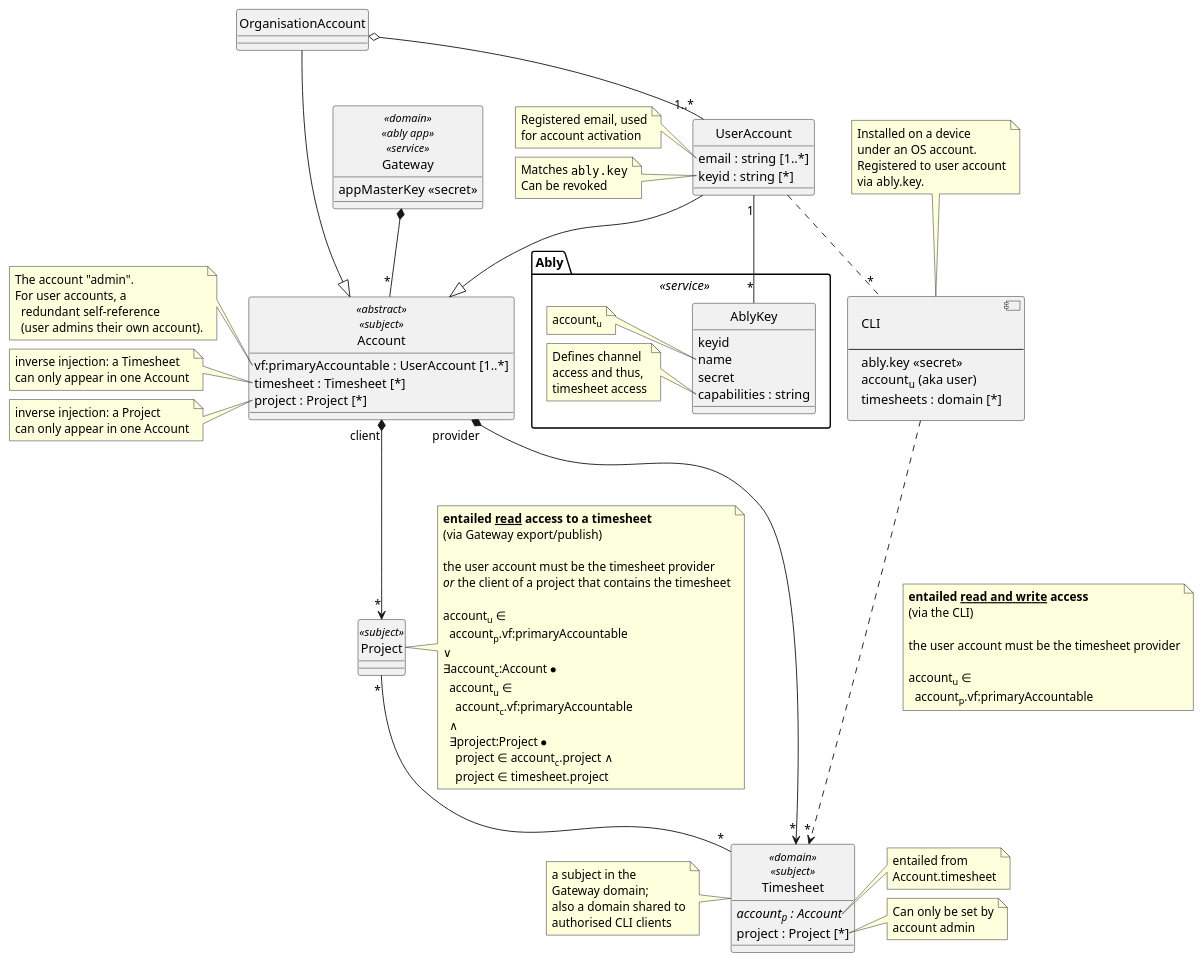
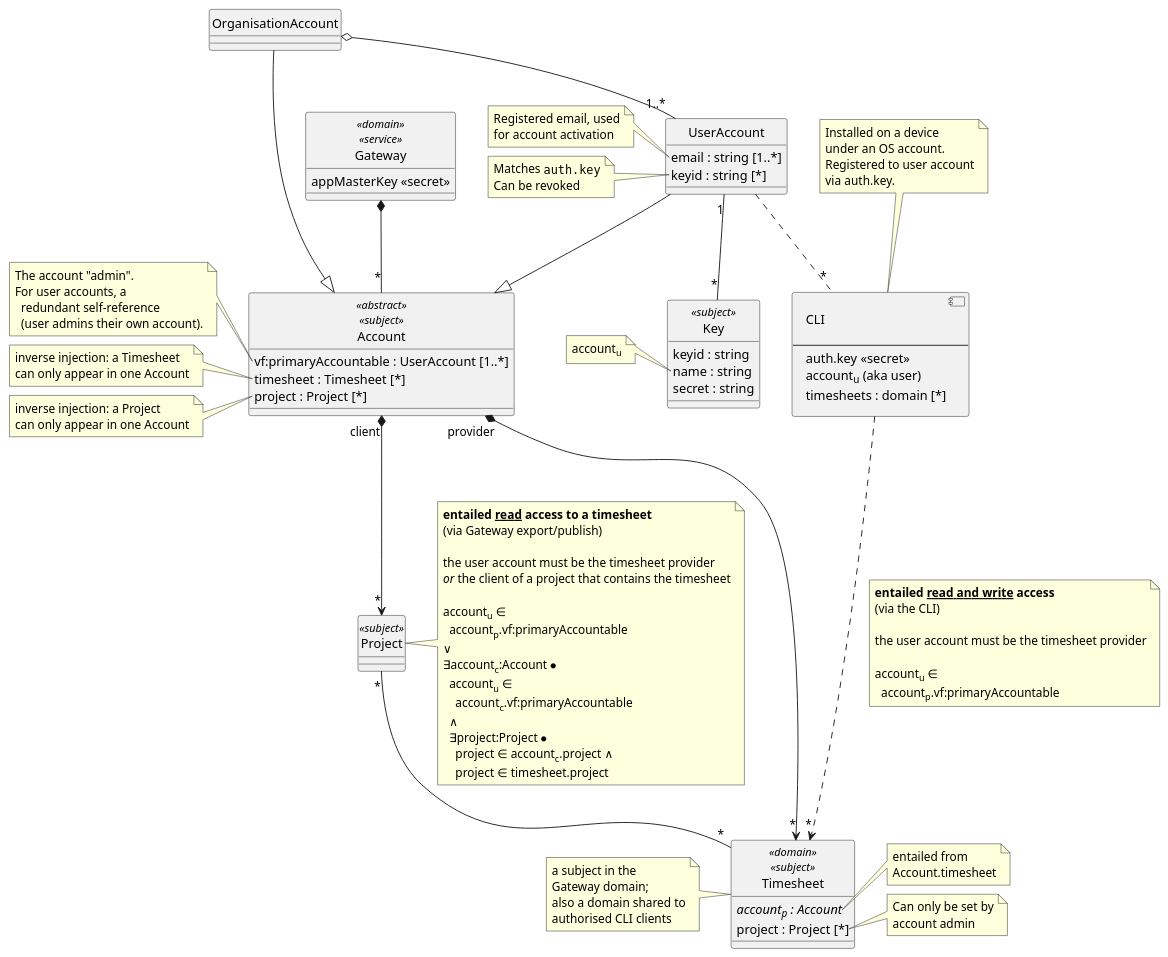
The diagram in architecture/security/accounts.class.puml (m-ld/timeld), drawn with PlantUML before and after one commit. The commit also changed 10 other files, not shown here.

Commit message:
Deployment diagram Removal of Ably from architecture

```diff
--- a/architecture/security/accounts.class.puml
+++ b/architecture/security/accounts.class.puml
@@ -1,145 +1,137 @@
 @startuml
 'https://plantuml.com/class-diagram
 
 hide circle
 allowmixing
 
-class Gateway <<domain>> <<ably app>> <<service>> {
+class Gateway <<domain>> <<service>> {
   appMasterKey <<secret>>
 }
 
 Gateway *-- "*" Account
 
 class Account <<abstract>> <<subject>> {
   vf:primaryAccountable : UserAccount [1..*]
   timesheet : Timesheet [*]
   project : Project [*]
 }
 note left of Account::vf:primaryAccountable
   The account "admin".
   For user accounts, a
     redundant self-reference
     (user admins their own account).
 end note
 note left of Account::timesheet
   inverse injection: a Timesheet
   can only appear in one Account
 end note
 note left of Account::project
   inverse injection: a Project
   can only appear in one Account
 end note
 
 Account "provider" *--> "*" Timesheet
 
 Account "client" *--> "*" Project
 
 class UserAccount {
   email : string [1..*]
   keyid : string [*]
 }
 note left of UserAccount::email
   Registered email, used
   for account activation
 end note
 note left of UserAccount::keyid
-  Matches ""ably.key""
+  Matches ""auth.key""
   Can be revoked
 end note
 UserAccount --|> Account
 
 class OrganisationAccount {
 }
 OrganisationAccount --|> Account
 OrganisationAccount o-- "1..*" UserAccount
 
 class Timesheet <<domain>> <<subject>> {
   //account<sub>p</sub> : Account//
   project : Project [*]
 }
 note left of Timesheet
   a subject in the
   Gateway domain;
   also a domain shared to
   authorised CLI clients
 end note
 note right of Timesheet::account
   entailed from
   Account.timesheet
 end note
 note right of Timesheet::project
   Can only be set by
   account admin
 end note
 
 class Project <<subject>> {
 }
 note right of Project
   **entailed __read__ access to a timesheet**
   (via Gateway export/publish)
 
   the user account must be the timesheet provider
   //or// the client of a project that contains the timesheet
 
   account<sub>u</sub> ∈
     account<sub>p</sub>.vf:primaryAccountable
   ∨
   ∃account<sub>c</sub>:Account ⦁
     account<sub>u</sub> ∈
       account<sub>c</sub>.vf:primaryAccountable
     ∧
     ∃project:Project ⦁
       project ∈ account<sub>c</sub>.project ∧
       project ∈ timesheet.project
 end note
 
 Project "*" -- "*" Timesheet
 
 component CLI [
   CLI
 
   ---
-  ably.key <<secret>>
+  auth.key <<secret>>
   account<sub>u</sub> (aka user)
   timesheets : domain [*]
 ]
 note top of CLI
   Installed on a device
   under an OS account.
   Registered to user account
-  via ably.key.
+  via auth.key.
 end note
 
 UserAccount .. "*" CLI
 
 CLI ..> "*" Timesheet
 note bottom on link
   **entailed __read and write__ access**
   (via the CLI)
 
   the user account must be the timesheet provider
 
   account<sub>u</sub> ∈
     account<sub>p</sub>.vf:primaryAccountable
 end note
 
-package Ably <<service>> {
-  class AblyKey {
-    keyid
-    name
-    secret
-    capabilities : string
-  }
-  note left of AblyKey::name
-    account<sub>u</sub>
-  end note
-  note left of AblyKey::capabilities
-    Defines channel
-    access and thus,
-    timesheet access
-  end note
+class Key <<subject>> {
+  keyid : string
+  name : string
+  secret : string
+}
+note left of Key::name
+  account<sub>u</sub>
+end note
 
-  UserAccount "1" -- "*" AblyKey
-}
+UserAccount "1" -- "*" Key
 
 @enduml
```
